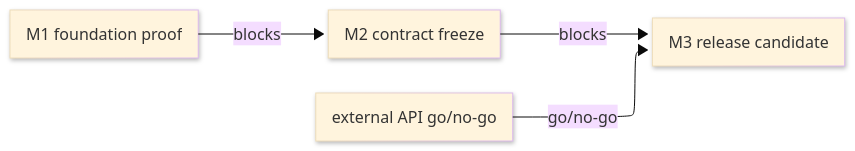
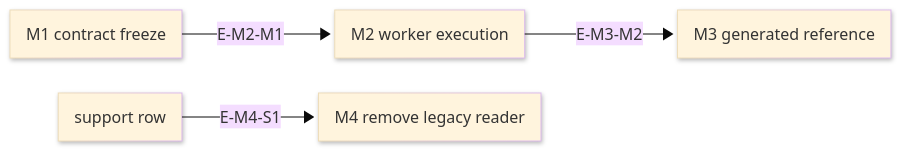
The diagram in docs/standards/explanation/roadmap.md (bsamiee/Rasm), drawn with Mermaid before and after one commit. The commit also changed other lines of this file and 21 other files, not shown here.

````diff
--- a/docs/standards/explanation/roadmap.md
+++ b/docs/standards/explanation/roadmap.md
@@ -265,18 +330,18 @@
 ```mermaid
 ---
 config:
   layout: elk
   look: neo
   theme: base
   elk:
     mergeEdges: false
     nodePlacementStrategy: BRANDES_KOEPF
     cycleBreakingStrategy: GREEDY_MODEL_ORDER
 ---
 flowchart LR
-    accTitle: Roadmap dependency edges
-    accDescr: Foundation milestone M1 unblocks contract milestone M2, and M2 plus an external API go/no-go decision unblock release milestone M3.
-    M1["M1 foundation proof"] -->|blocks| M2["M2 contract freeze"]
-    M2 -->|blocks| M3["M3 release candidate"]
-    ExternalApi["external API go/no-go"] -->|go/no-go| M3
+    accTitle: Event pipeline milestone dependencies
+    accDescr: Contract freeze M1 unblocks worker execution M2, which unblocks generated reference M3; the support row also gates legacy reader removal.
+    M1["M1 contract freeze"] -->|E-M2-M1| M2["M2 worker execution"]
+    M2 -->|E-M3-M2| M3["M3 generated reference"]
+    Support["support row"] -->|E-M4-S1| M4["M4 remove legacy reader"]
 ```
````
